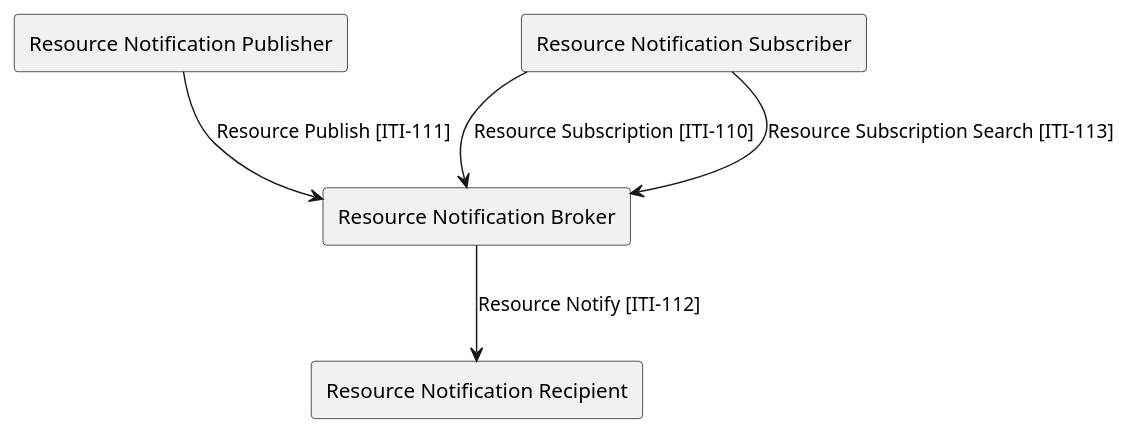
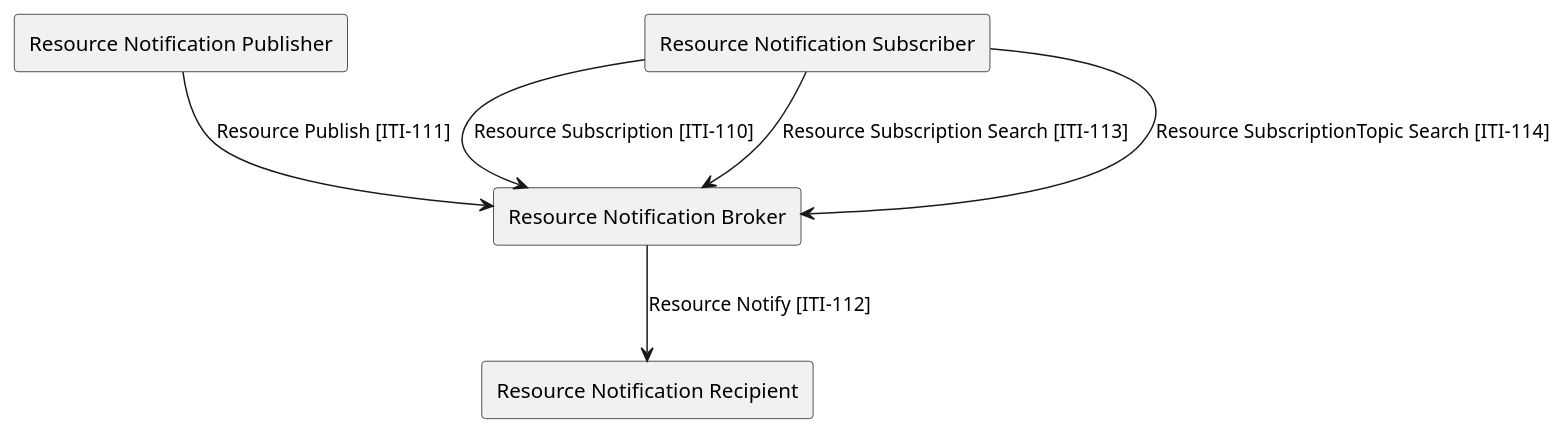
Before and after one commit to IHE/ITI.DSUBm: the diagram in input/images-source/ActorsAndTransactions.plantuml, drawn with PlantUML. The commit also changed 2 other files, not shown here.

```diff
--- a/input/images-source/ActorsAndTransactions.plantuml
+++ b/input/images-source/ActorsAndTransactions.plantuml
@@ -1,11 +1,12 @@
 @startuml
 agent "Resource Notification Publisher" as Publisher
 agent "Resource Notification Broker" as Broker
 agent "Resource Notification Subscriber" as Subscriber
 agent "Resource Notification Recipient" as Recipient
+
 Publisher --> Broker : "Resource Publish [ITI-111]"
 Subscriber --> Broker : "Resource Subscription [ITI-110]"
 Subscriber --> Broker : "Resource Subscription Search [ITI-113]"
-' reserved for R4B and R5 fhir version implementations: Subscriber --> Broker : "Resource SubscriptionTopic Search [ITI-114]  "
+Subscriber --> Broker : "Resource SubscriptionTopic Search [ITI-114]"
 Broker --> Recipient : "Resource Notify [ITI-112]"
 @enduml
```
